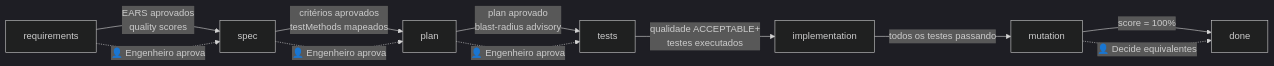
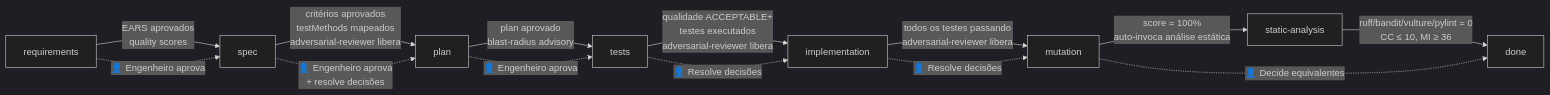
The third of 9 diagrams in ARCHITECTURE.md (alexandrelima-starkbank/claude-code-enginnering-guide), drawn with Mermaid (dark theme) before and after one commit. The commit also changed other lines of this file and 14 other files, not shown here.

````diff
--- a/ARCHITECTURE.md
+++ b/ARCHITECTURE.md
@@ -125,22 +125,26 @@
 ```mermaid
 flowchart LR
     REQ[requirements]
     SPEC[spec]
     PLAN[plan]
     TESTS[tests]
     IMPL[implementation]
     MUT[mutation]
+    SA[static-analysis]
     DONE[done]
 
     REQ -->|"EARS aprovados\nquality scores"| SPEC
-    SPEC -->|"critérios aprovados\ntestMethods mapeados"| PLAN
+    SPEC -->|"critérios aprovados\ntestMethods mapeados\nadversarial-reviewer libera"| PLAN
     PLAN -->|"plan aprovado\nblast-radius advisory"| TESTS
-    TESTS -->|"qualidade ACCEPTABLE+\ntestes executados"| IMPL
-    IMPL -->|"todos os testes passando"| MUT
-    MUT -->|"score = 100%"| DONE
+    TESTS -->|"qualidade ACCEPTABLE+\ntestes executados\nadversarial-reviewer libera"| IMPL
+    IMPL -->|"todos os testes passando\nadversarial-reviewer libera"| MUT
+    MUT -->|"score = 100%\nauto-invoca análise estática"| SA
+    SA -->|"ruff/bandit/vulture/pylint = 0\nCC ≤ 10, MI ≥ 36"| DONE
 
     REQ -.->|"👤 Engenheiro aprova"| SPEC
-    SPEC -.->|"👤 Engenheiro aprova"| PLAN
+    SPEC -.->|"👤 Engenheiro aprova\n+ resolve decisões"| PLAN
     PLAN -.->|"👤 Engenheiro aprova"| TESTS
+    TESTS -.->|"👤 Resolve decisões"| IMPL
+    IMPL -.->|"👤 Resolve decisões"| MUT
     MUT -.->|"👤 Decide equivalentes"| DONE
 ```
````
